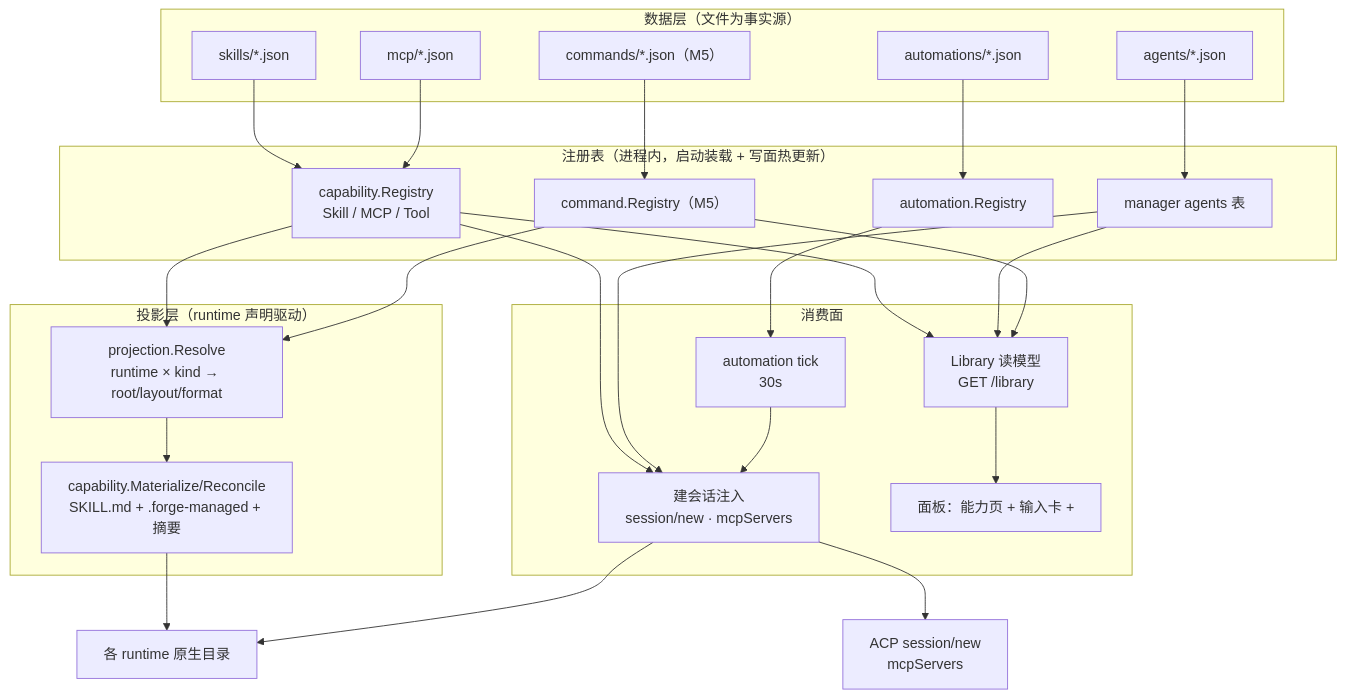
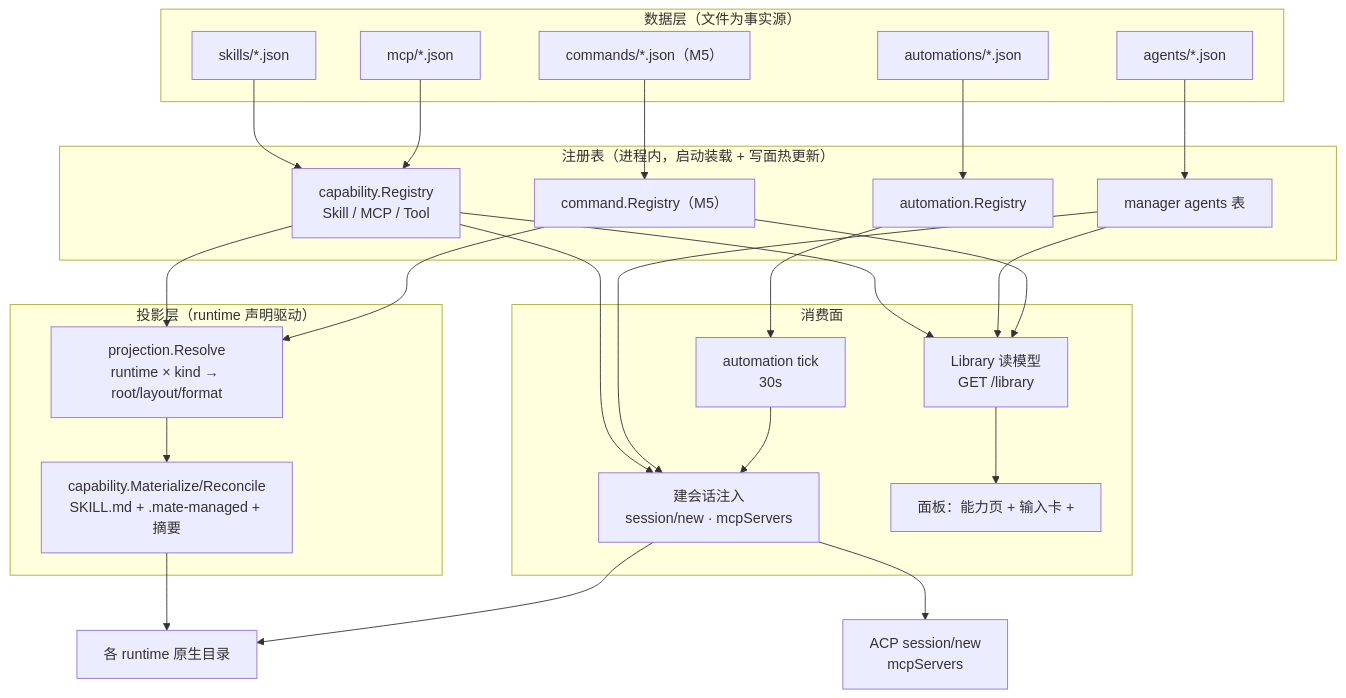
The first of 4 diagrams in docs/capability-ecosystem-design-20260922.md (morehao/ark-mate), drawn with Mermaid before and after one commit. The commit also changed other lines of this file and 442 other files, not shown here.

````diff
--- a/docs/capability-ecosystem-design-20260922.md
+++ b/docs/capability-ecosystem-design-20260922.md
@@ -209,52 +209,52 @@
 ```mermaid
 flowchart TB
     subgraph dataPlane["数据层（文件为事实源）"]
         skillFiles["skills/*.json"]
         mcpFiles["mcp/*.json"]
         agentFiles["agents/*.json"]
         commandFiles["commands/*.json（M5）"]
         automationFiles["automations/*.json"]
     end
 
     subgraph registryLayer["注册表（进程内，启动装载 + 写面热更新）"]
         capRegistry["capability.Registry<br>Skill / MCP / Tool"]
         agentReg["manager agents 表"]
         commandReg["command.Registry（M5）"]
         autoReg["automation.Registry"]
     end
 
     subgraph projectionLayer["投影层（runtime 声明驱动）"]
         projSolver["projection.Resolve<br>runtime × kind → root/layout/format"]
-        matSolver["capability.Materialize/Reconcile<br>SKILL.md + .forge-managed + 摘要"]
+        matSolver["capability.Materialize/Reconcile<br>SKILL.md + .mate-managed + 摘要"]
     end
 
     subgraph consumer["消费面"]
         library["Library 读模型<br>GET /library"]
         convStart["建会话注入<br>session/new · mcpServers"]
         scheduler["automation tick<br>30s"]
         panel["面板：能力页 + 输入卡 +"]
     end
 
     skillFiles --> capRegistry
     mcpFiles --> capRegistry
     agentFiles --> agentReg
     commandFiles --> commandReg
     automationFiles --> autoReg
 
     capRegistry --> projSolver
     commandReg --> projSolver
     projSolver --> matSolver
     matSolver --> runtimeDirs["各 runtime 原生目录"]
 
     capRegistry --> library
     agentReg --> library
     commandReg --> library
     library --> panel
 
     capRegistry --> convStart
     agentReg --> convStart
     autoReg --> scheduler
     scheduler --> convStart
     convStart --> acpWire["ACP session/new<br>mcpServers"]
     convStart --> runtimeDirs
 ```
````
